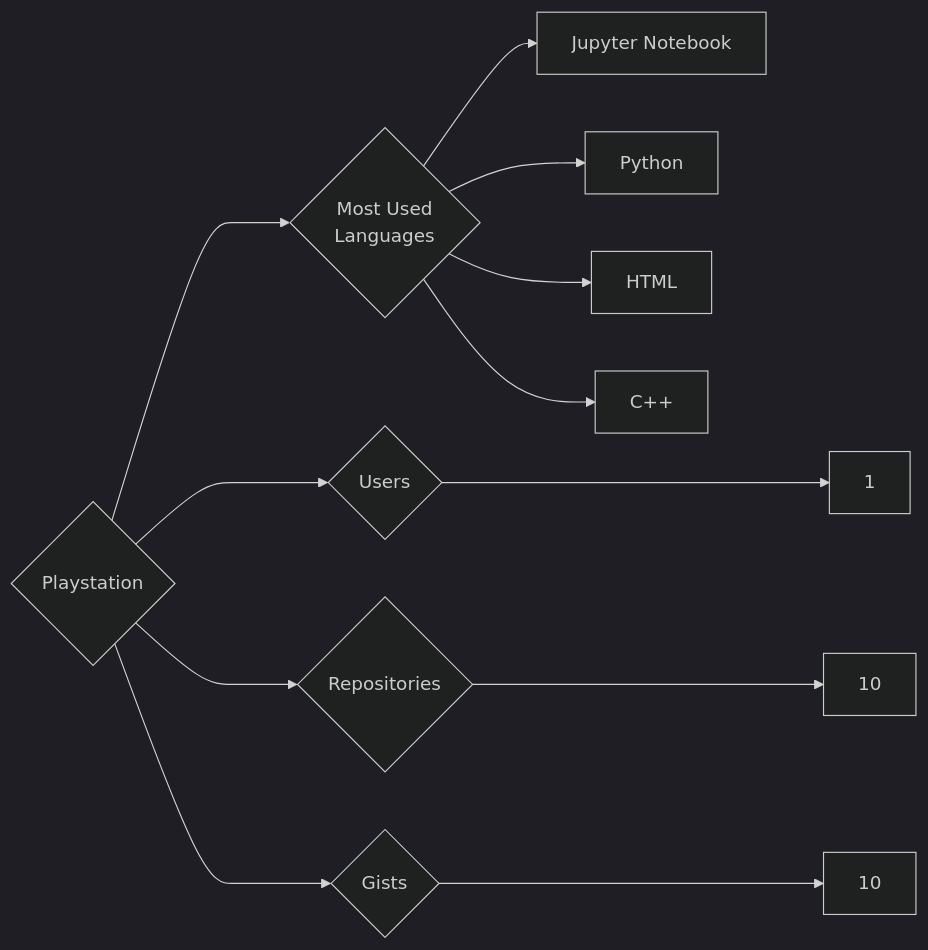
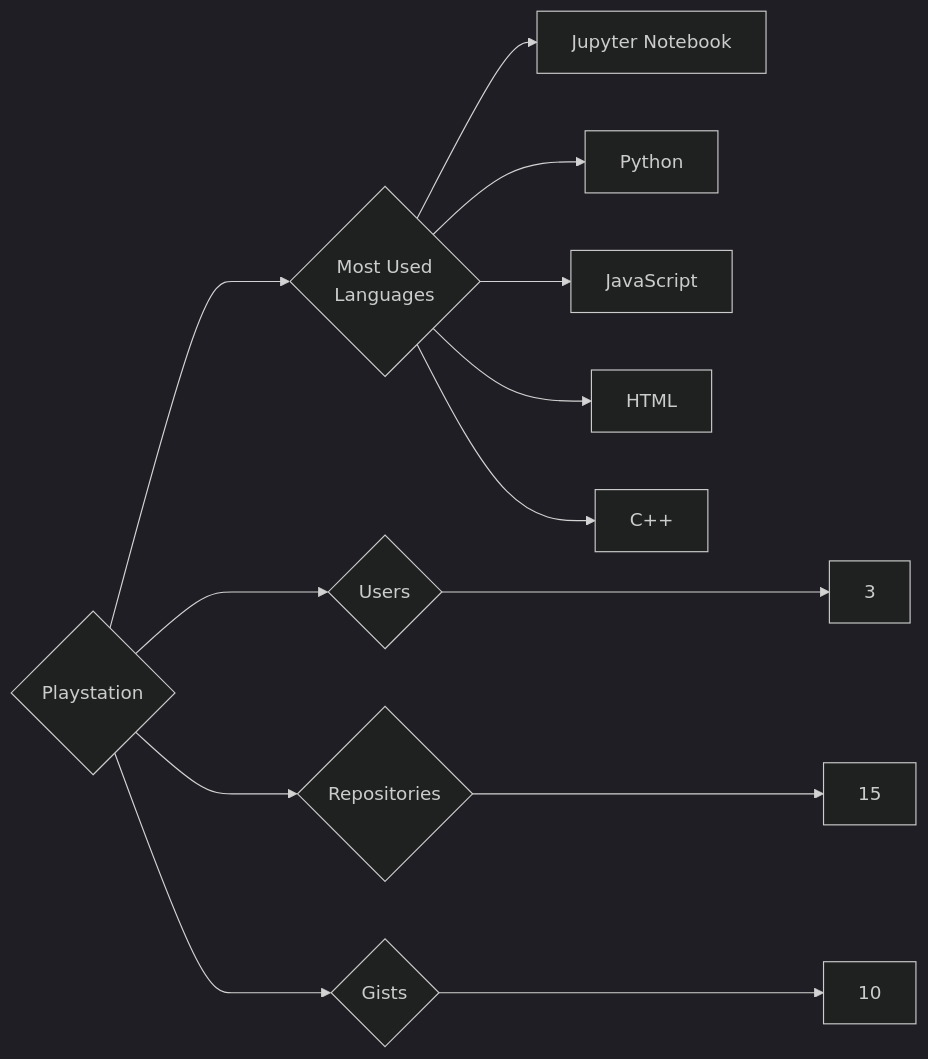
One commit to trickest/insiders changed the diagram in targets/Playstation/README.md. Above: the diagram before and after it, drawn with Mermaid (dark theme). The commit also changed 928 other files, not shown here.

````diff
--- a/targets/Playstation/README.md
+++ b/targets/Playstation/README.md
@@ -3,12 +3,13 @@
 ```mermaid
 graph LR
 COMPANY_NAME{Playstation}
-COMPANY_NAME ---> U{Users} ---> UN[1]
-COMPANY_NAME ---> R{Repositories} ---> RN[10]
+COMPANY_NAME ---> U{Users} ---> UN[3]
+COMPANY_NAME ---> R{Repositories} ---> RN[15]
 COMPANY_NAME ---> G{Gists} ---> GN[10]
 COMPANY_NAME ---> ML{Most Used<br>Languages}
 ML --> Jupyter_Notebook[Jupyter Notebook]
 ML --> Python[Python]
+ML --> JavaScript[JavaScript]
 ML --> HTML[HTML]
 ML --> C++[C++]
 ```
````
